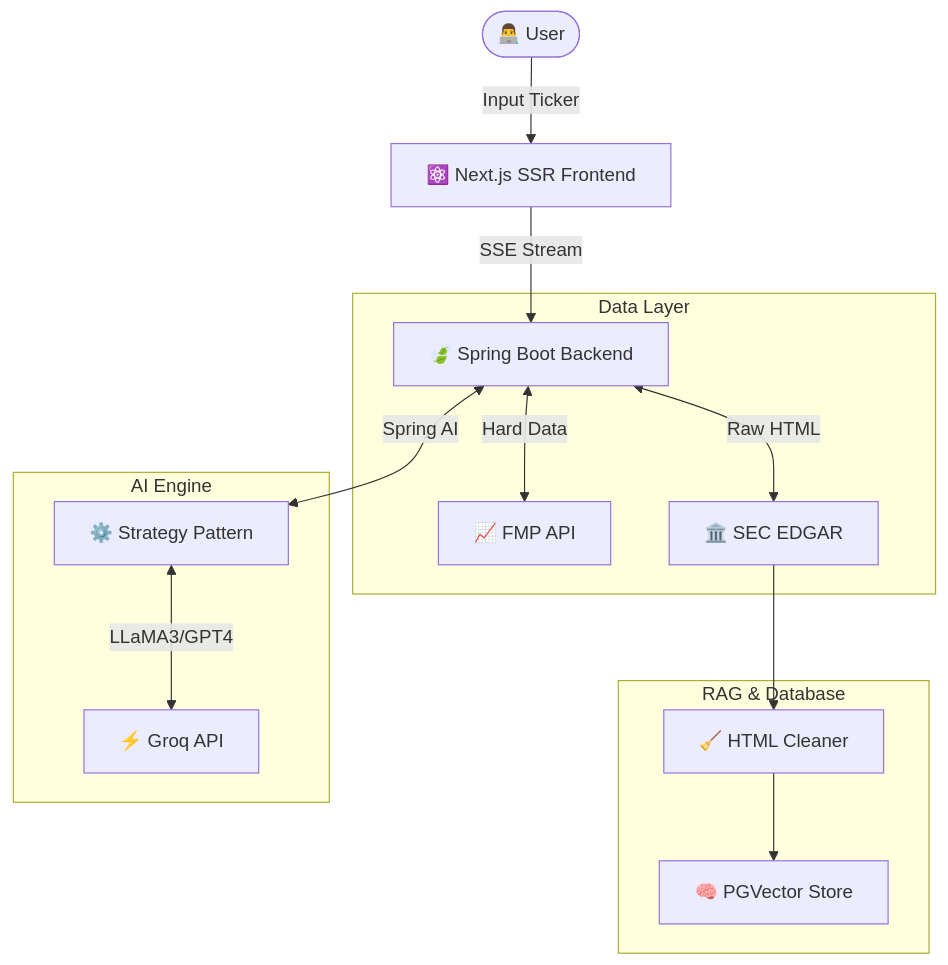
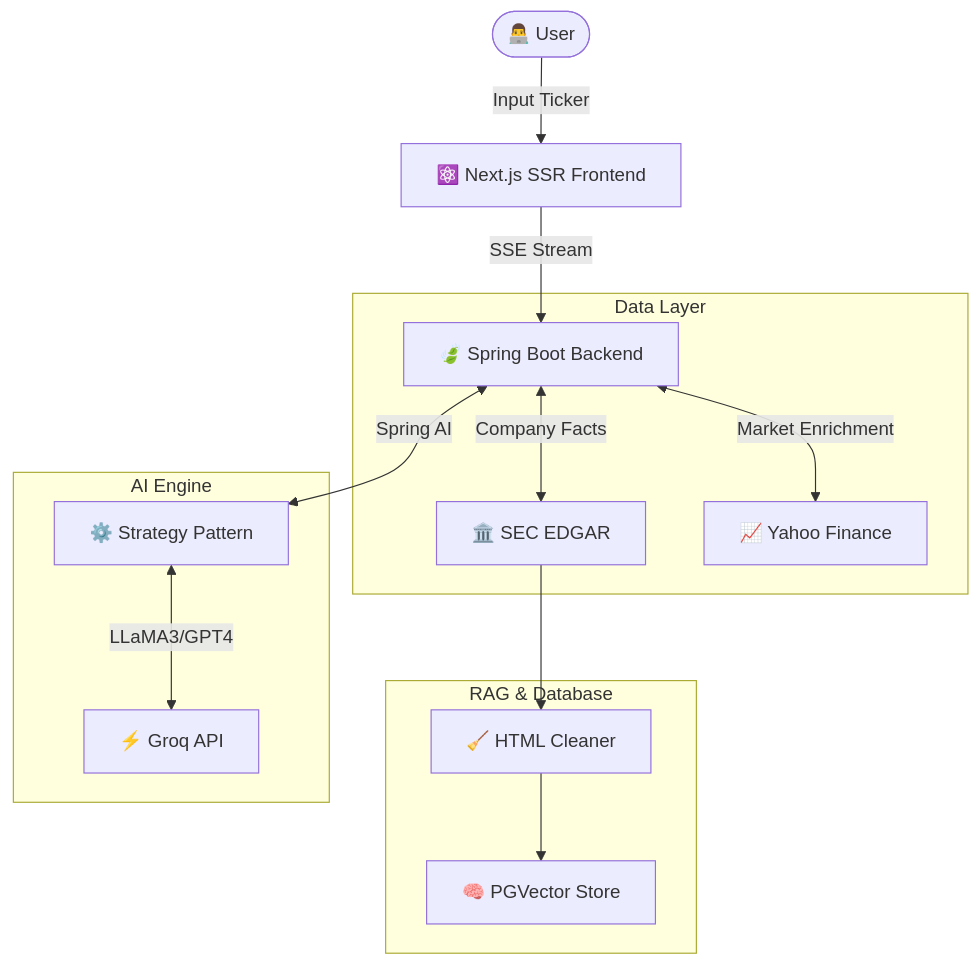
Before and after one commit to CadeYu/spring-alpha: the diagram in README_EN.md, drawn with Mermaid. The commit also changed other lines of this file and 17 other files, not shown here.

````diff
--- a/README_EN.md
+++ b/README_EN.md
@@ -56,20 +56,20 @@
 ```mermaid
 graph TD
     User([👨‍💻 User]) -->|Input Ticker| NextJS[⚛️ Next.js SSR Frontend]
     NextJS -->|SSE Stream| SpringBoot[🍃 Spring Boot Backend]
     
     subgraph Data Layer
-        SpringBoot <-->|Hard Data| FMP[📈 FMP API]
-        SpringBoot <-->|Raw HTML| SEC[🏛️ SEC EDGAR]
+        SpringBoot <-->|Company Facts| SEC[🏛️ SEC EDGAR]
+        SpringBoot <-->|Market Enrichment| Yahoo[📈 Yahoo Finance]
     end
     
     subgraph RAG & Database
         SEC --> Jsoup[🧹 HTML Cleaner]
         Jsoup --> Embedding[🧠 PGVector Store]
     end
     
     subgraph AI Engine
         SpringBoot <-->|Spring AI| Strategy[⚙️ Strategy Pattern]
         Strategy <-->|LLaMA3/GPT4| Groq[⚡ Groq API]
     end
 ```
````
